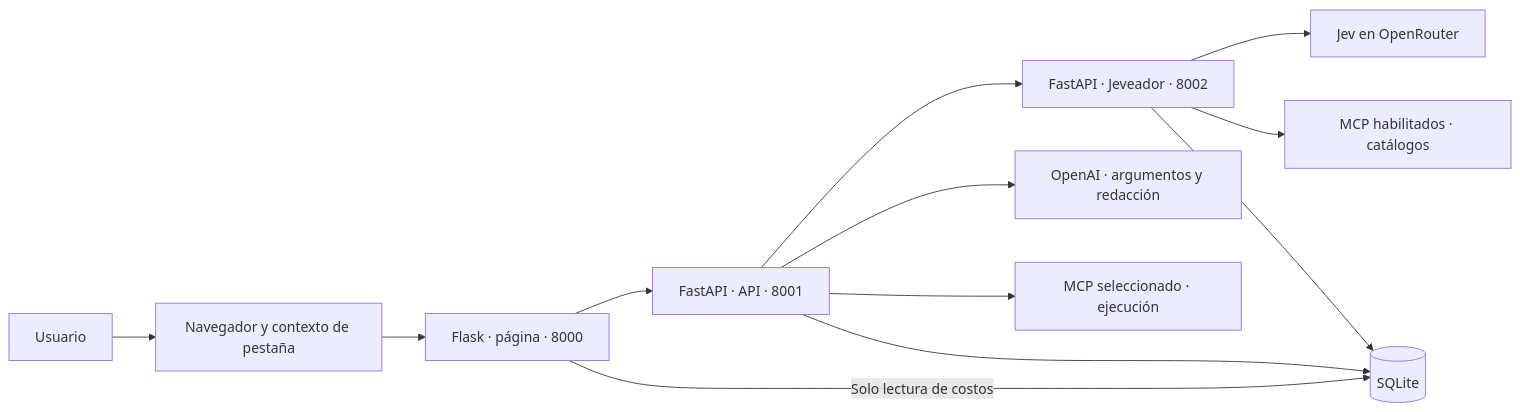
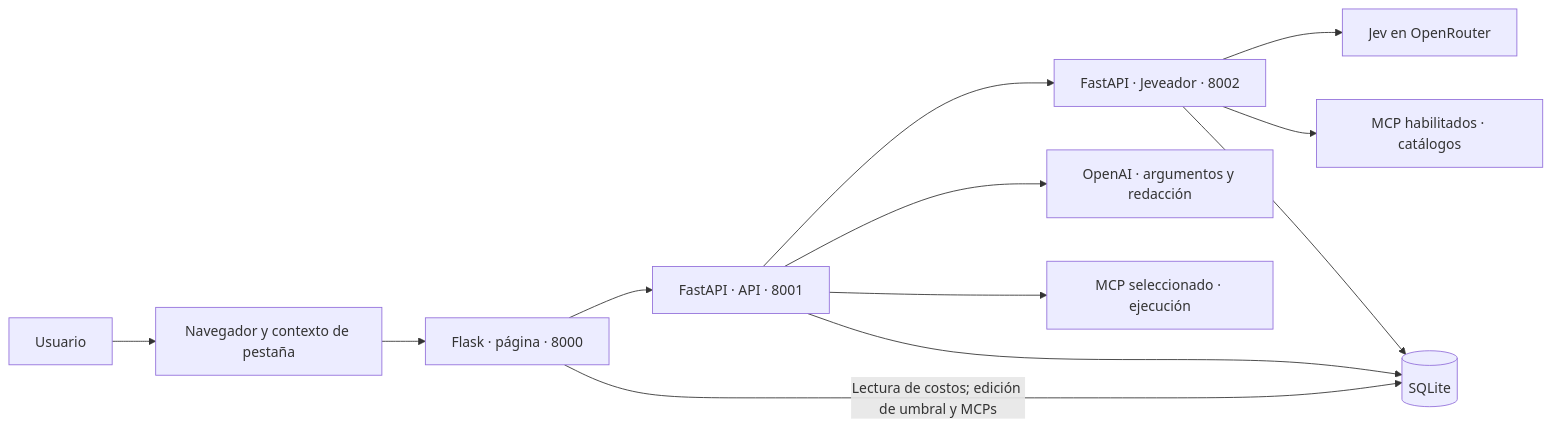
Before and after one commit to braulito/jevraulio: the first of 2 diagrams in README.md, drawn with Mermaid. The commit also changed other lines of this file and 37 other files, not shown here.

````diff
--- a/README.md
+++ b/README.md
@@ -93,14 +94,14 @@
 ```mermaid
 flowchart LR
     U[Usuario] --> B[Navegador y contexto de pestaña]
     B --> P[Flask · página · 8000]
     P --> A[FastAPI · API · 8001]
     A --> J[FastAPI · Jeveador · 8002]
     J --> V[Jev en OpenRouter]
     J --> M[MCP habilitados · catálogos]
     A --> L[OpenAI · argumentos y redacción]
     A --> E[MCP seleccionado · ejecución]
     A --> D[(SQLite)]
     J --> D
-    P -->|Solo lectura de costos| D
+    P -->|Lectura de costos; edición de umbral y MCPs| D
 ```
````
